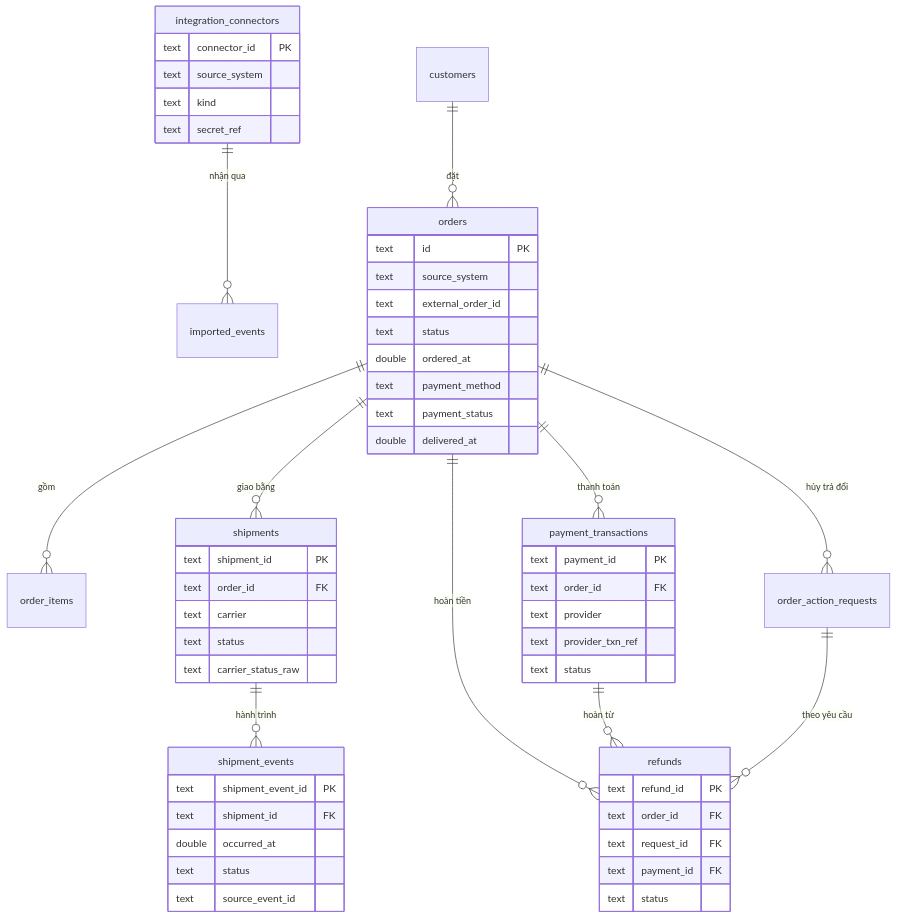
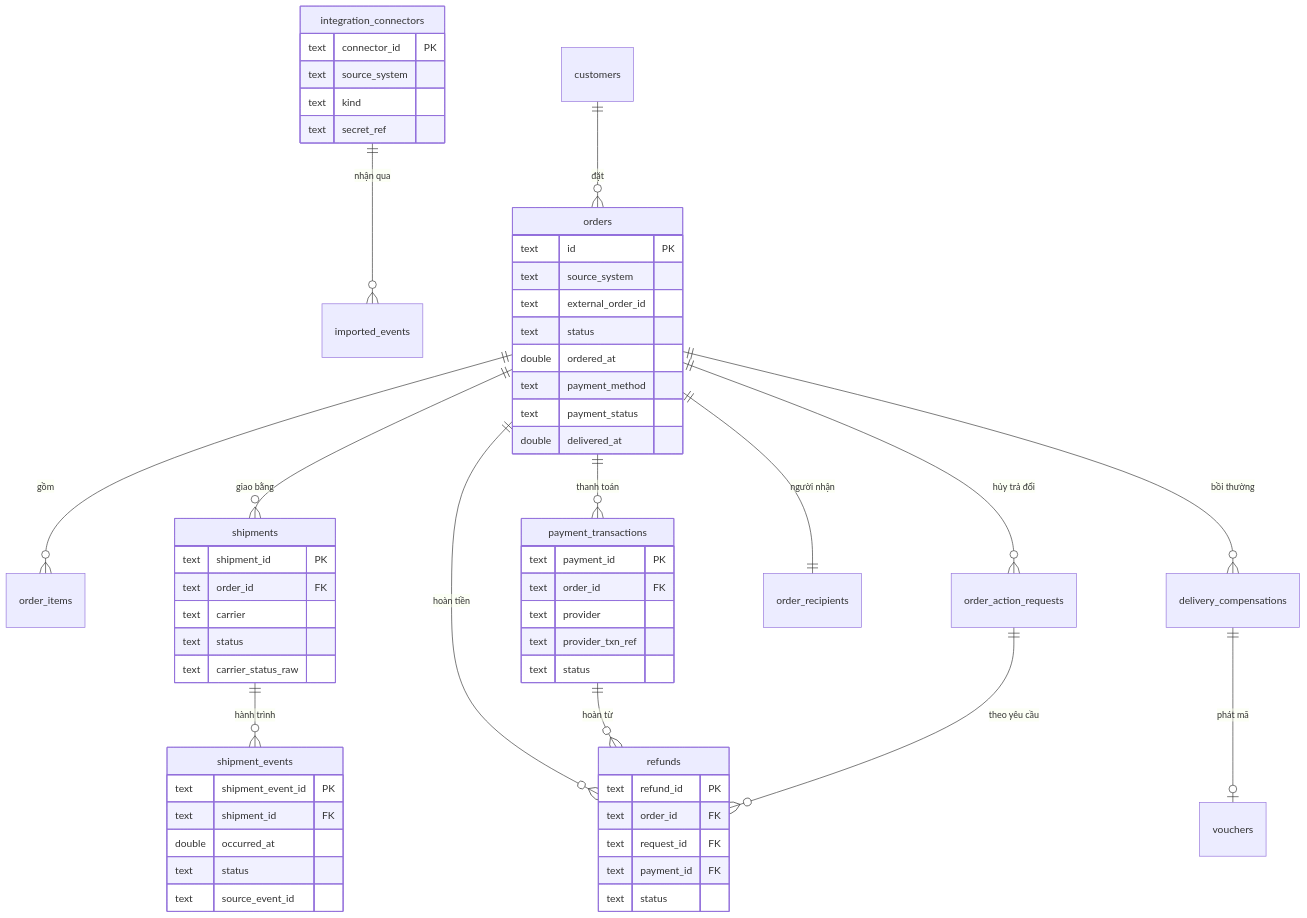
The first of 2 diagrams in khoa_luan/07_co_so_du_lieu.md (tuteemovaixlong/CSKH_ban_le), drawn with Mermaid before and after one commit. The commit also changed other lines of this file and 3 other files, not shown here.

````diff
--- a/khoa_luan/07_co_so_du_lieu.md
+++ b/khoa_luan/07_co_so_du_lieu.md
@@ -290,57 +330,60 @@
 ```mermaid
 erDiagram
   integration_connectors ||--o{ imported_events : "nhận qua"
   customers ||--o{ orders : "đặt"
   orders ||--o{ order_items : "gồm"
   orders ||--o{ shipments : "giao bằng"
   shipments ||--o{ shipment_events : "hành trình"
   orders ||--o{ payment_transactions : "thanh toán"
   orders ||--o{ refunds : "hoàn tiền"
   payment_transactions ||--o{ refunds : "hoàn từ"
   order_action_requests ||--o{ refunds : "theo yêu cầu"
   orders ||--o{ order_action_requests : "hủy trả đổi"
+  orders ||--|| order_recipients : "người nhận"
+  orders ||--o{ delivery_compensations : "bồi thường"
+  delivery_compensations ||--o| vouchers : "phát mã"
   integration_connectors {
     text connector_id PK
     text source_system
     text kind
     text secret_ref
   }
   orders {
     text id PK
     text source_system
     text external_order_id
     text status
     double ordered_at
     text payment_method
     text payment_status
     double delivered_at
   }
   shipments {
     text shipment_id PK
     text order_id FK
     text carrier
     text status
     text carrier_status_raw
   }
   shipment_events {
     text shipment_event_id PK
     text shipment_id FK
     double occurred_at
     text status
     text source_event_id
   }
   payment_transactions {
     text payment_id PK
     text order_id FK
     text provider
     text provider_txn_ref
     text status
   }
   refunds {
     text refund_id PK
     text order_id FK
     text request_id FK
     text payment_id FK
     text status
   }
 ```
````
